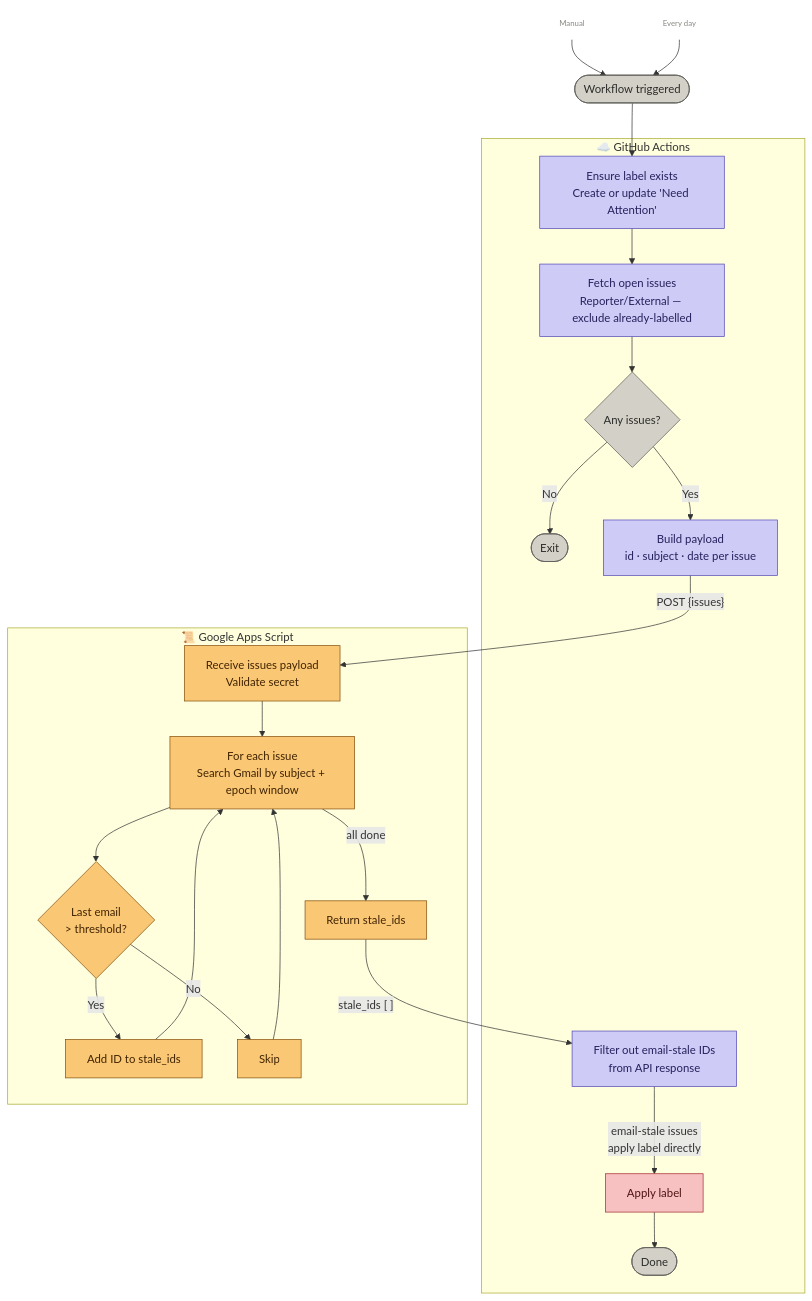
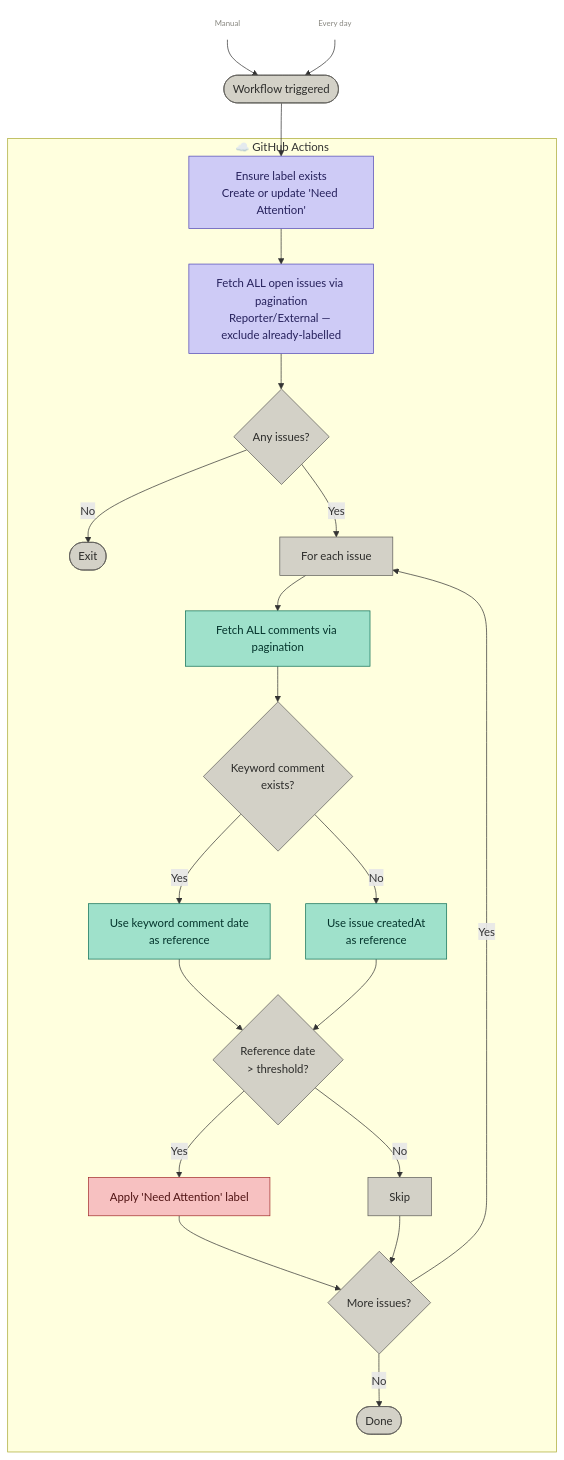
One commit to SahanWeerasiri/test-email-automation changed the diagram in .github/workflows/mermaid.mmd. Above: the diagram before and after it, drawn with Mermaid. The commit also changed 2 other files, not shown here.

Commit message:
feat(workflows): implement stale issue watcher workflow

```diff
--- a/.github/workflows/mermaid.mmd
+++ b/.github/workflows/mermaid.mmd
@@ -1,48 +1,49 @@
 flowchart TD
     A([Workflow triggered]):::gray
     A1[Manual]:::note
     A2[Every day]:::note
 
     subgraph GH ["☁️  GitHub Actions"]
         B[Ensure label exists<br/>Create or update 'Need Attention']:::purple
-        C[Fetch open issues<br/>Reporter/External — exclude already-labelled]:::purple
+        C[Fetch ALL open issues via pagination<br/>Reporter/External — exclude already-labelled]:::purple
         D{Any issues?}:::gray
         EXIT1([Exit]):::gray
-        BUILD[Build payload<br/>id · subject · date per issue]:::purple
-        FILTER[Filter out email-stale IDs<br/>from API response]:::purple
 
-        L1[Apply label]:::red
+        E[For each issue]:::gray
+
+        FC[Fetch ALL comments via pagination]:::teal
+
+        KW{Keyword comment<br/>exists?}:::gray
+        REFKW[Use keyword comment date<br/>as reference]:::teal
+        REFCA[Use issue createdAt<br/>as reference]:::teal
+
+        ST{Reference date<br/>> threshold?}:::gray
+        L1[Apply 'Need Attention' label]:::red
+        SKIP[Skip]:::gray
+
+        NEXT{More issues?}:::gray
         DONE([Done]):::gray
-    end
-
-    subgraph AS ["📜  Google Apps Script"]
-        AS1[Receive issues payload<br/>Validate secret]:::amber
-        AS2[For each issue<br/>Search Gmail by subject + epoch window]:::amber
-        AS3{Last email<br/>> threshold?}:::amber
-        AS4[Add ID to stale_ids]:::amber
-        AS5[Skip]:::amber
-        AS6[Return stale_ids]:::amber
     end
 
     A1 & A2 --> A
     A --> B --> C --> D
     D -- No --> EXIT1
-    D -- Yes --> BUILD
+    D -- Yes --> E
 
-    BUILD -- "POST {issues}" --> AS1
-    AS1 --> AS2 --> AS3
-    AS3 -- Yes --> AS4 --> AS2
-    AS3 -- No --> AS5 --> AS2
-    AS2 -- all done --> AS6
-    AS6 -- "stale_ids [ ]" --> FILTER
+    E --> FC --> KW
+    KW -- Yes --> REFKW --> ST
+    KW -- No --> REFCA --> ST
 
-    FILTER -- "email-stale issues<br/>apply label directly" --> L1
+    ST -- Yes --> L1
+    ST -- No --> SKIP
 
-    L1 --> DONE
+    L1 & SKIP --> NEXT
+    NEXT -- Yes --> E
+    NEXT -- No --> DONE
 
     classDef gray   fill:#D3D1C7,stroke:#5F5E5A,color:#2C2C2A
     classDef purple fill:#CECBF6,stroke:#534AB7,color:#26215C
     classDef teal   fill:#9FE1CB,stroke:#0F6E56,color:#04342C
     classDef red    fill:#F7C1C1,stroke:#A32D2D,color:#501313
     classDef amber  fill:#FAC775,stroke:#854F0B,color:#412402
     classDef note   fill:none,stroke:none,color:#888780,font-size:11px
```
